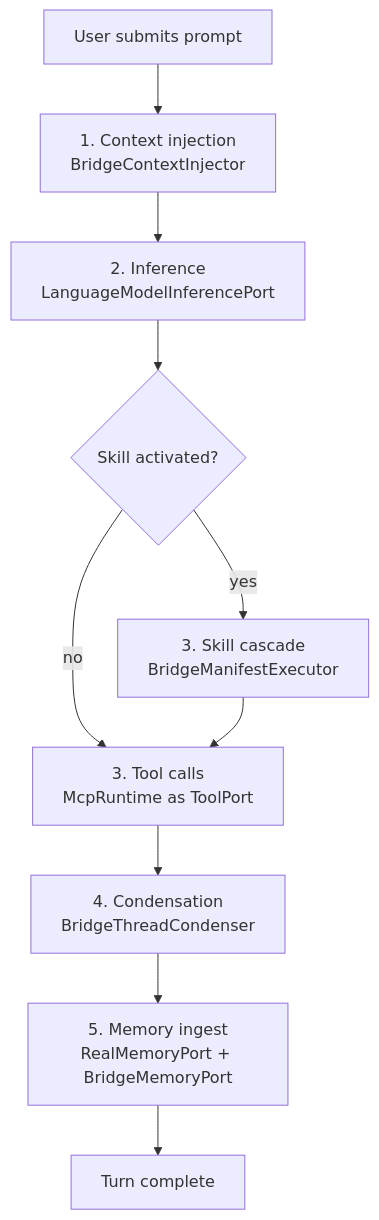
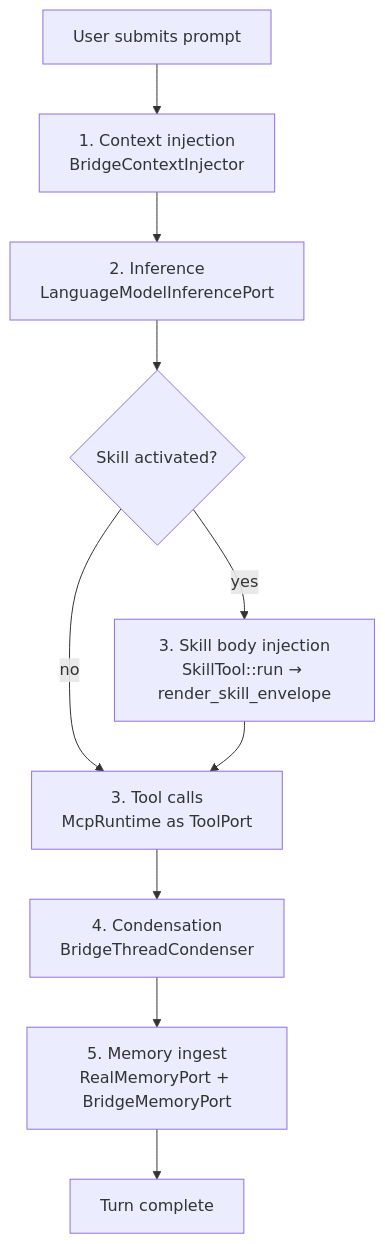
One commit to mdz-axo/zed-kask changed the diagram in kask/docs/diataxis/kask_bridge/tutorial.md. Above: the diagram before and after it, drawn with Mermaid. The commit also changed other lines of this file and 42 other files, not shown here.

````diff
--- a/kask/docs/diataxis/kask_bridge/tutorial.md
+++ b/kask/docs/diataxis/kask_bridge/tutorial.md
@@ -47,12 +47,12 @@
 ```mermaid
 flowchart TD
     Start[User submits prompt] --> A[1. Context injection<br/>BridgeContextInjector]
     A --> B[2. Inference<br/>LanguageModelInferencePort]
     B --> C{Skill activated?}
-    C -- yes --> D[3. Skill cascade<br/>BridgeManifestExecutor]
+    C -- yes --> D[3. Skill body injection<br/>SkillTool::run → render_skill_envelope]
     C -- no --> E[3. Tool calls<br/>McpRuntime as ToolPort]
     D --> E
     E --> F[4. Condensation<br/>BridgeThreadCondenser]
     F --> G[5. Memory ingest<br/>RealMemoryPort + BridgeMemoryPort]
     G --> End[Turn complete]
 ```
````
